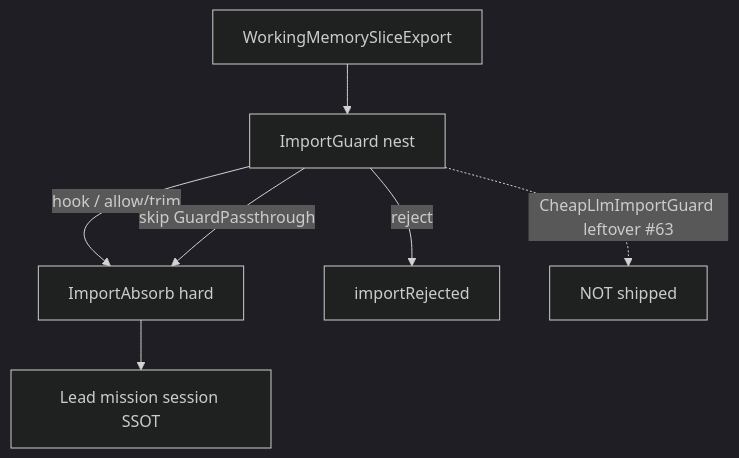
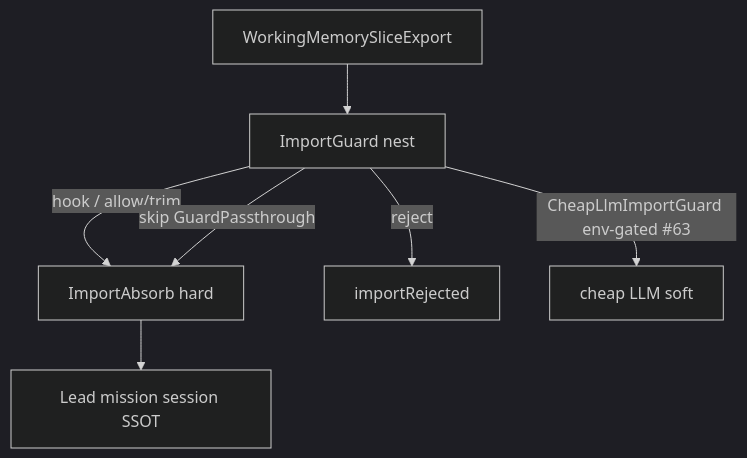
Before and after one commit to chouswei/MemNet: the diagram in sysml-models/outputs/session-import-case-study.md, drawn with Mermaid (dark theme). The commit also changed other lines of this file and 16 other files, not shown here.

First line of the commit message:
CheapLlmImportGuard adapter (MN-REQ-12.11 / #63) (#71)

````diff
--- a/sysml-models/outputs/session-import-case-study.md
+++ b/sysml-models/outputs/session-import-case-study.md
@@ -80,9 +80,9 @@
 ```mermaid
 flowchart TB
   W[WorkingMemorySliceExport] --> G[ImportGuard nest]
   G -->|hook / allow/trim| A[ImportAbsorb hard]
   G -->|reject| X[importRejected]
   G -->|skip GuardPassthrough| A
-  G -.->|CheapLlmImportGuard leftover #63| L[NOT shipped]
+  G -->|CheapLlmImportGuard env-gated #63| L[cheap LLM soft]
   A --> Lead[Lead mission session SSOT]
 ```
````
